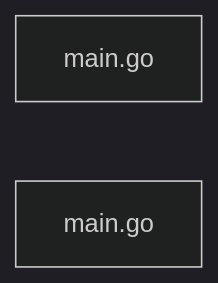
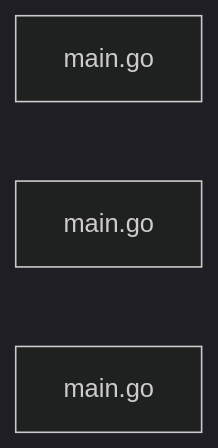
One commit to sns45/greplost changed the sixth of 6 diagrams in .greplost/packages/greplost__bench/MAP.md. Above: the diagram before and after it, drawn with Mermaid (dark theme). The commit also changed other lines of this file and 49 other files, not shown here.

````diff
--- a/.greplost/packages/greplost__bench/MAP.md
+++ b/.greplost/packages/greplost__bench/MAP.md
@@ -279,5 +282,6 @@
 ```mermaid
 graph LR
   bench_truth_gocallgraph_main_go["main.go"]
+  bench_truth_pulumigotruth_main_go["main.go"]
   bench_truth_tfinspect_main_go["main.go"]
 ```
````
